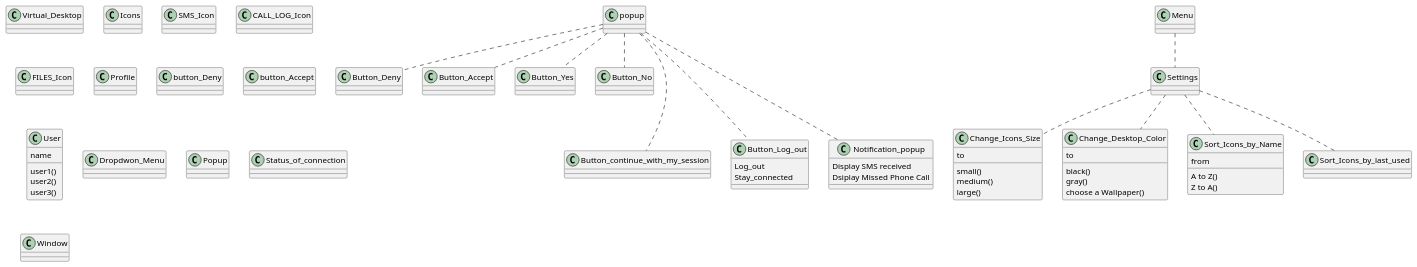
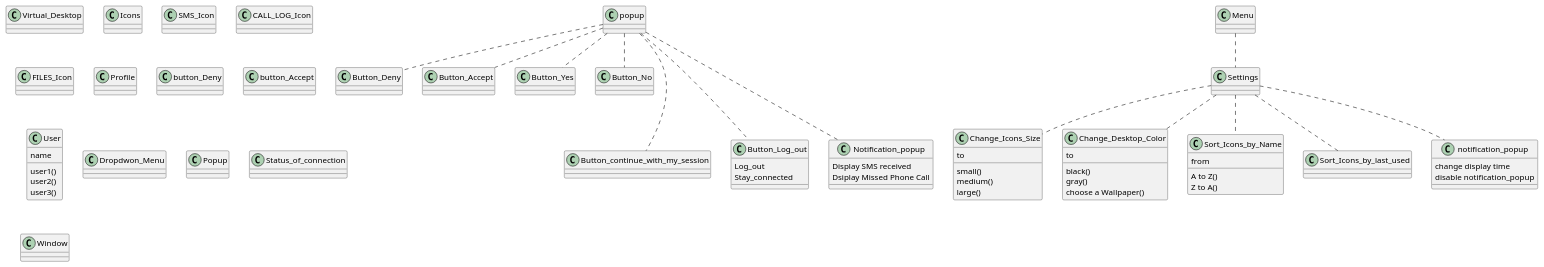
One commit to ofrasia/Remote_Phone_App_1 changed the diagram in Class Diagram.puml. Above: the diagram before and after it, drawn with PlantUML.

Commit message:
Proj update

```diff
--- a/Class Diagram.puml
+++ b/Class Diagram.puml
@@ -1,81 +1,87 @@
 @startuml
 class Virtual_Desktop {
 }
 class Icons {
 }
 class SMS_Icon {
 }
 class CALL_LOG_Icon {
 }
 class FILES_Icon {
 }
 class Profile {
 }
 class button_Deny {
 }
 class button_Accept
 popup .. Button_Deny
 popup .. Button_Accept
 popup .. Button_Yes
 popup .. Button_No
 popup -.- Button_continue_with_my_session
 popup -.- Button_Log_out
 popup -.- Notification_popup
 
 class Button_Log_out {
 Log_out
 Stay_connected
 }
 
 class Change_Icons_Size {
 to
 small()
 medium()
 large()
 }
 
 class Change_Desktop_Color {
 to
 black()
 gray()
 choose a Wallpaper()
 }
 
 class Sort_Icons_by_Name {
 from
 A to Z()
 Z to A()
 }
 
 Menu .. Settings
 Settings .. Change_Icons_Size
 Settings .. Change_Desktop_Color
 Settings .. Sort_Icons_by_Name
 Settings .. Sort_Icons_by_last_used
+Settings .. notification_popup
+
+class notification_popup {
+change display time
+disable notification_popup
+}
 
 class User {
 name
 user1()
 user2()
 user3()
 }
 class Dropdwon_Menu {
 }
 class Popup {
 }
 class Settings {
 }
 class Status_of_connection {
 }
 class Window {
 }
 class Button_Yes {
 }
 class Button_No {
 }
 class Notification_popup {
 Display SMS received
 Dsiplay Missed Phone Call
 }
 
 @enduml
```
